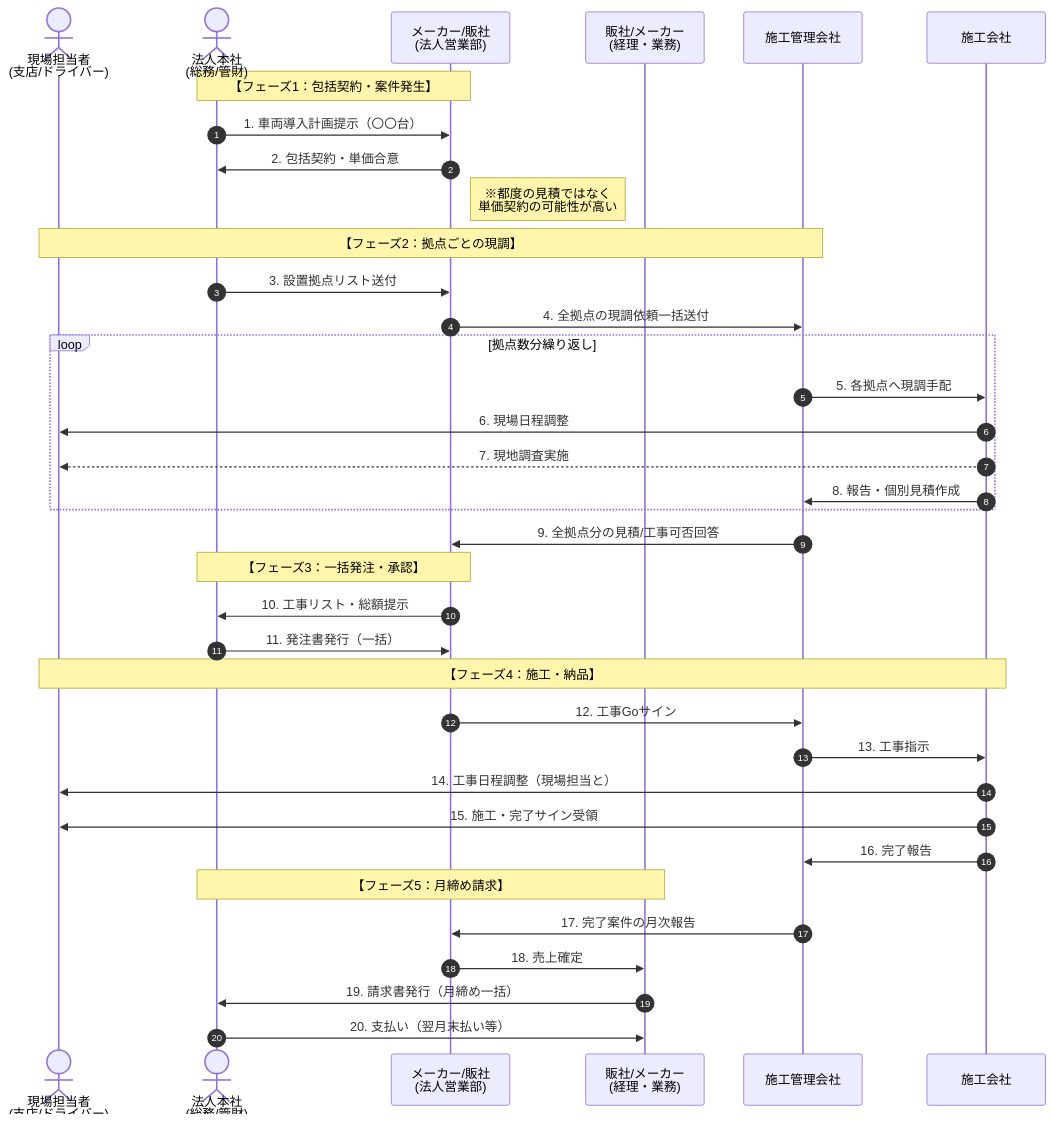
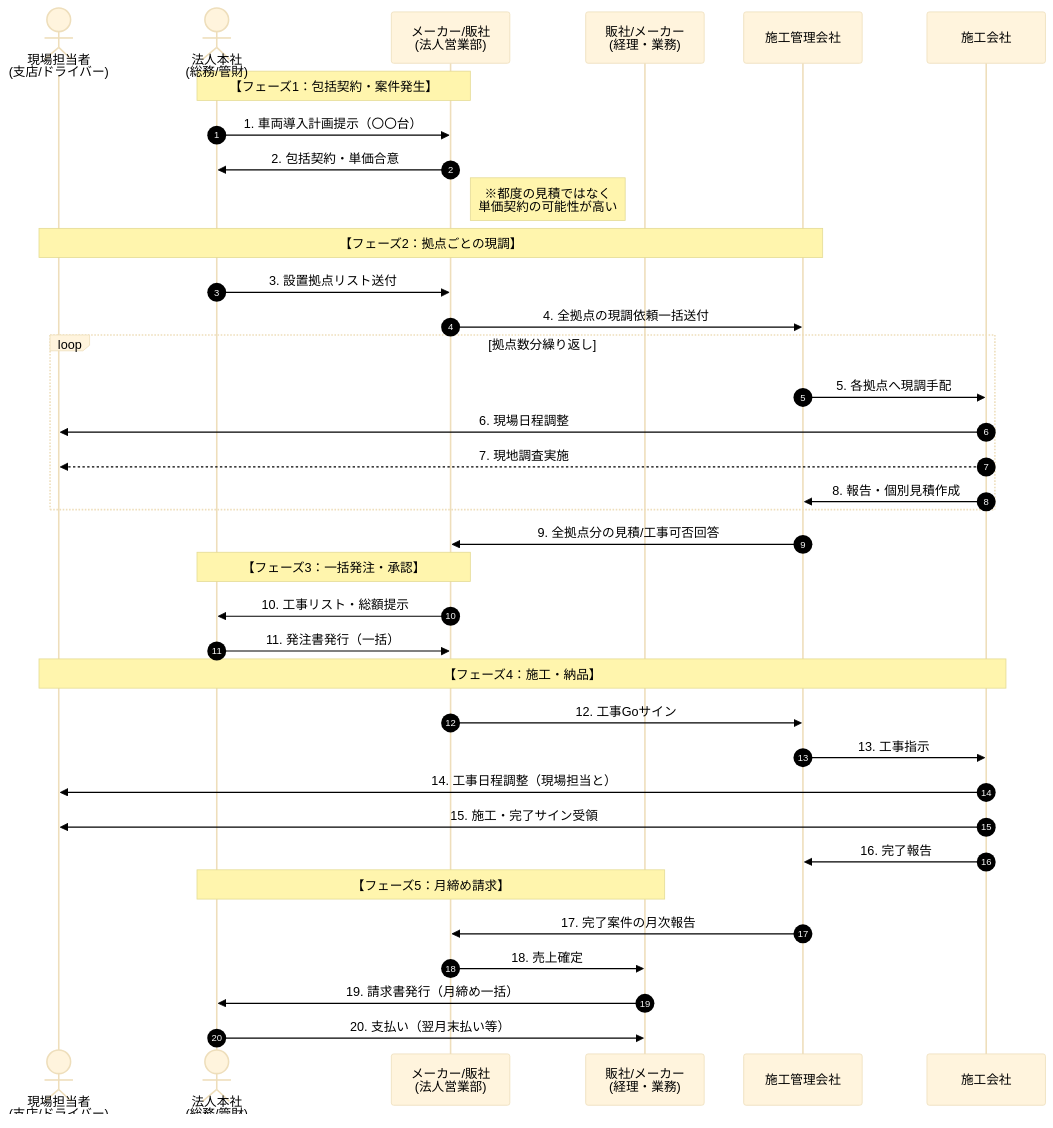
One commit to HarumasaSuzuki-dm/WorkSpaces changed the diagram in 08.Pteron/01.CTC/20251211/業務フロー/パターンD.md. Above: the diagram before and after it, drawn with Mermaid. The commit also changed other lines of this file and 26 other files, not shown here.

````diff
--- a/08.Pteron/01.CTC/20251211/業務フロー/パターンD.md
+++ b/08.Pteron/01.CTC/20251211/業務フロー/パターンD.md
@@ -8,45 +5,55 @@
 ```mermaid
+%%{init: {
+  'theme': 'base',
+  'themeVariables': {
+    'textColor': '#000000',
+    'actorTextColor': '#000000',
+    'signalTextColor': '#000000',
+    'noteTextColor': '#000000',
+    'loopTextColor': '#000000'
+  }
+}}%%
 sequenceDiagram
     autonumber
     actor Driver as 現場担当者<br>(支店/ドライバー)
     actor HQ as 法人本社<br>(総務/管財)
     participant CorpSales as メーカー/販社<br>(法人営業部)
     participant Admin as 販社/メーカー<br>(経理・業務)
     participant CMC as 施工管理会社
     participant Installer as 施工会社
 
     Note over HQ, CorpSales: 【フェーズ1：包括契約・案件発生】
     HQ->>CorpSales: 1. 車両導入計画提示（〇〇台）
     CorpSales->>HQ: 2. 包括契約・単価合意
     Note right of CorpSales: ※都度の見積ではなく<br>単価契約の可能性が高い
 
     Note over Driver, CMC: 【フェーズ2：拠点ごとの現調】
     HQ->>CorpSales: 3. 設置拠点リスト送付
     CorpSales->>CMC: 4. 全拠点の現調依頼一括送付
     
     loop 拠点数分繰り返し
         CMC->>Installer: 5. 各拠点へ現調手配
         Installer->>Driver: 6. 現場日程調整
         Installer-->>Driver: 7. 現地調査実施
         Installer->>CMC: 8. 報告・個別見積作成
     end
 
     CMC->>CorpSales: 9. 全拠点分の見積/工事可否回答
 
     Note over HQ, CorpSales: 【フェーズ3：一括発注・承認】
     CorpSales->>HQ: 10. 工事リスト・総額提示
     HQ->>CorpSales: 11. 発注書発行（一括）
     
     Note over Driver, Installer: 【フェーズ4：施工・納品】
     CorpSales->>CMC: 12. 工事Goサイン
     CMC->>Installer: 13. 工事指示
     Installer->>Driver: 14. 工事日程調整（現場担当と）
     Installer->>Driver: 15. 施工・完了サイン受領
     Installer->>CMC: 16. 完了報告
 
     Note over HQ, Admin: 【フェーズ5：月締め請求】
     CMC->>CorpSales: 17. 完了案件の月次報告
     CorpSales->>Admin: 18. 売上確定
     Admin->>HQ: 19. 請求書発行（月締め一括）
     HQ->>Admin: 20. 支払い（翌月末払い等）
 ```
````
